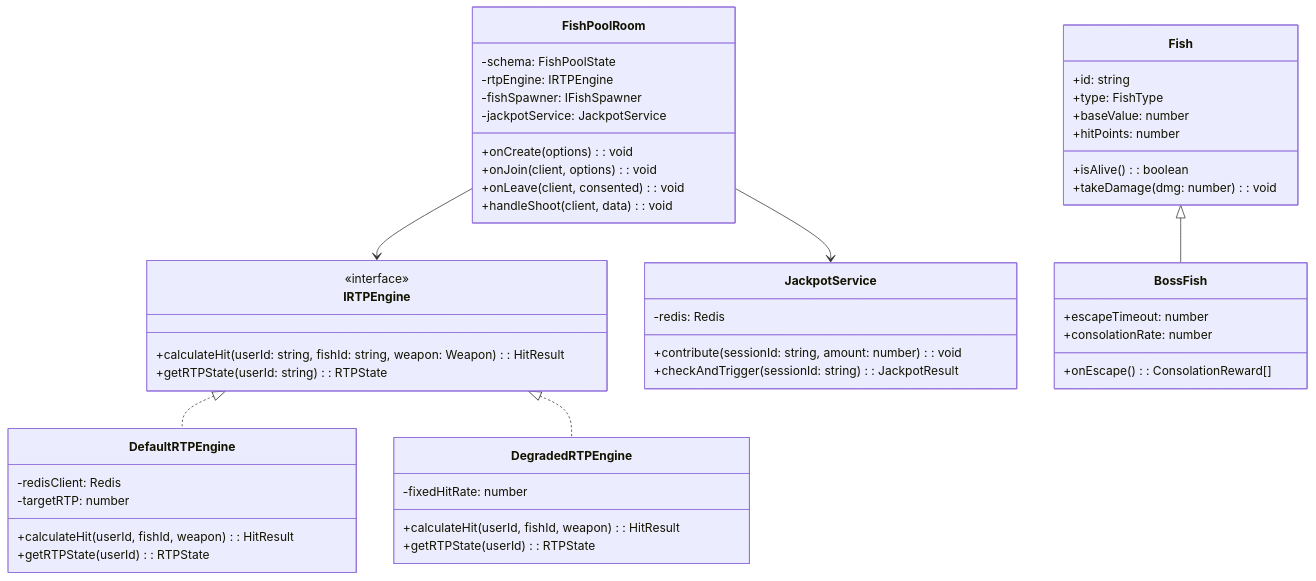
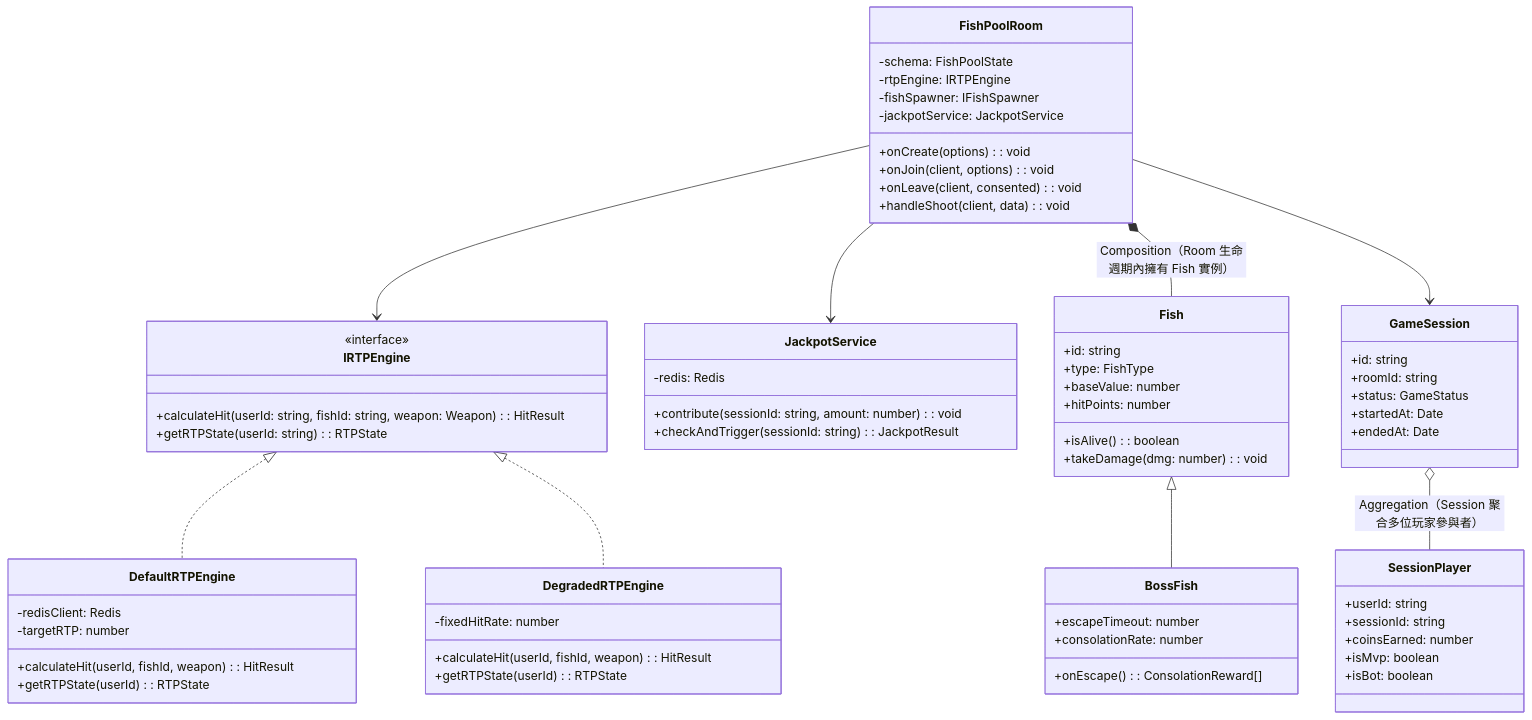
One commit to ibalasite/fishgame changed diagram 11 of 14 in docs/EDD.md. Above: the diagram before and after it, drawn with Mermaid.

Commit message:
docs(gendoc)[align-fix]: D5-003+D5-004 EDD Class Diagram 補充 Composition/Aggregation 關係（FishPoolRoom*--Fish、GameSession o-- SessionPlayer）

````diff
--- a/docs/EDD.md
+++ b/docs/EDD.md
@@ -1268,53 +1268,70 @@
 ```mermaid
 classDiagram
     class IRTPEngine {
         <<interface>>
         +calculateHit(userId: string, fishId: string, weapon: Weapon): HitResult
         +getRTPState(userId: string): RTPState
     }
     class DefaultRTPEngine {
         -redisClient: Redis
         -targetRTP: number
         +calculateHit(userId, fishId, weapon): HitResult
         +getRTPState(userId): RTPState
     }
     class DegradedRTPEngine {
         -fixedHitRate: number
         +calculateHit(userId, fishId, weapon): HitResult
         +getRTPState(userId): RTPState
     }
     class FishPoolRoom {
         -schema: FishPoolState
         -rtpEngine: IRTPEngine
         -fishSpawner: IFishSpawner
         -jackpotService: JackpotService
         +onCreate(options): void
         +onJoin(client, options): void
         +onLeave(client, consented): void
         +handleShoot(client, data): void
     }
     class JackpotService {
         -redis: Redis
         +contribute(sessionId: string, amount: number): void
         +checkAndTrigger(sessionId: string): JackpotResult
     }
     class Fish {
         +id: string
         +type: FishType
         +baseValue: number
         +hitPoints: number
         +isAlive(): boolean
         +takeDamage(dmg: number): void
     }
     class BossFish {
         +escapeTimeout: number
         +consolationRate: number
         +onEscape(): ConsolationReward[]
     }
+    class GameSession {
+        +id: string
+        +roomId: string
+        +status: GameStatus
+        +startedAt: Date
+        +endedAt: Date
+    }
+    class SessionPlayer {
+        +userId: string
+        +sessionId: string
+        +coinsEarned: number
+        +isMvp: boolean
+        +isBot: boolean
+    }
 
     IRTPEngine <|.. DefaultRTPEngine
     IRTPEngine <|.. DegradedRTPEngine
     FishPoolRoom --> IRTPEngine
     FishPoolRoom --> JackpotService
     Fish <|-- BossFish
+    FishPoolRoom *-- Fish : Composition（Room 生命週期內擁有 Fish 實例）
+    GameSession o-- SessionPlayer : Aggregation（Session 聚合多位玩家參與者）
+    FishPoolRoom --> GameSession
 ```
````
